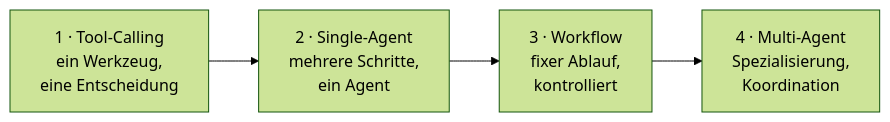
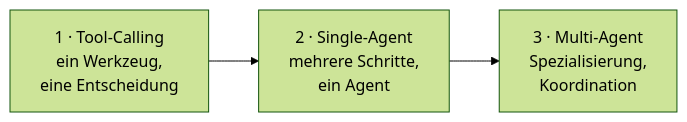
Before and after one commit to ralf-42/GenAI: the first of 12 diagrams in docs/08-agenten/agent-architekturen.md, drawn with Mermaid. The commit also changed other lines of this file and 1 other file, not shown here.

````diff
--- a/docs/08-agenten/agent-architekturen.md
+++ b/docs/08-agenten/agent-architekturen.md
@@ -56,7 +56,6 @@
 ```mermaid
 %%{init: {'theme':'forest'}}%%
 flowchart LR
     A["1 · Tool-Calling\nein Werkzeug,\neine Entscheidung"] --> B["2 · Single-Agent\nmehrere Schritte,\nein Agent"]
-    B --> C["3 · Workflow\nfixer Ablauf,\nkontrolliert"]
-    C --> D["4 · Multi-Agent\nSpezialisierung,\nKoordination"]
+    B --> C["3 · Multi-Agent\nSpezialisierung,\nKoordination"]
 ```
````
